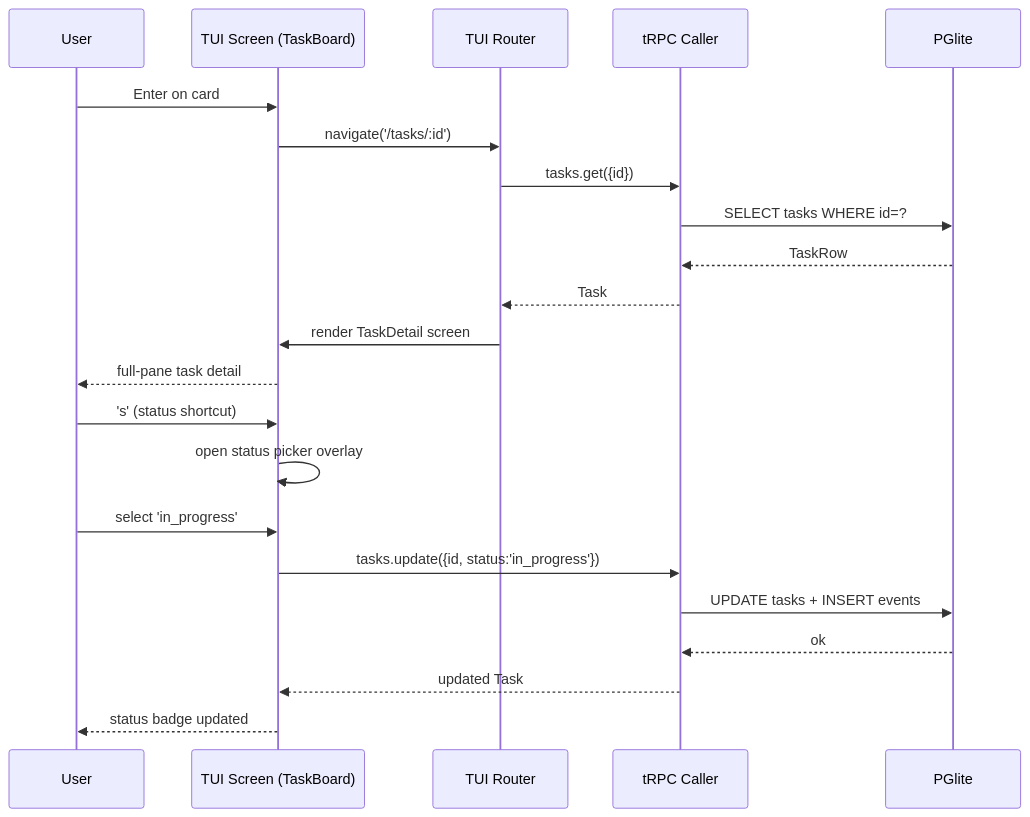
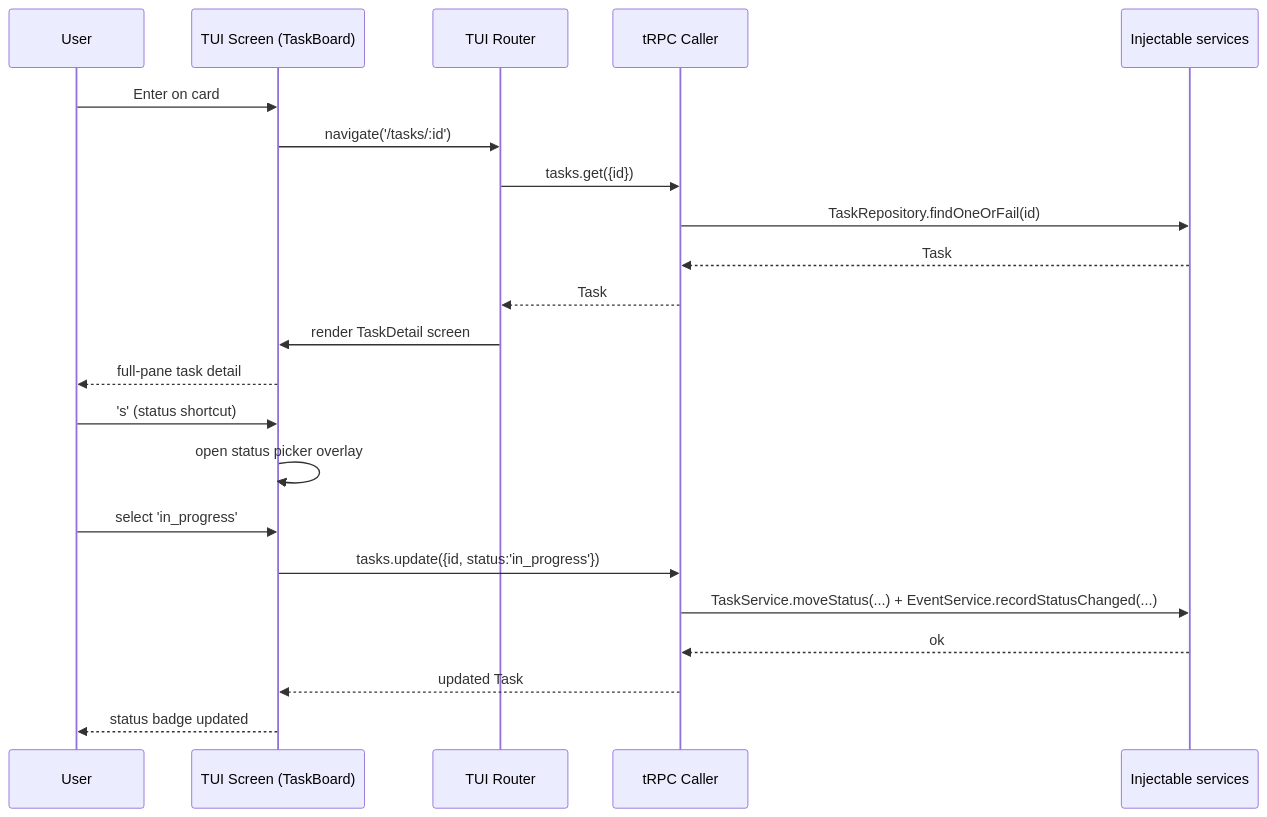
One commit to moabualruz/fulcrum changed the second of 3 diagrams in .scratch/agent-os-vision/prds/15-tui.md. Above: the diagram before and after it, drawn with Mermaid. The commit also changed other lines of this file and 20 other files, not shown here.

````diff
--- a/.scratch/agent-os-vision/prds/15-tui.md
+++ b/.scratch/agent-os-vision/prds/15-tui.md
@@ -239,26 +238,26 @@
 ```mermaid
 sequenceDiagram
     participant User
     participant TUI as TUI Screen (TaskBoard)
     participant Router as TUI Router
     participant Caller as tRPC Caller
-    participant DB as PGlite
+    participant Services as Injectable services
 
     User->>TUI: Enter on card
     TUI->>Router: navigate('/tasks/:id')
     Router->>Caller: tasks.get({id})
-    Caller->>DB: SELECT tasks WHERE id=?
-    DB-->>Caller: TaskRow
+    Caller->>Services: TaskRepository.findOneOrFail(id)
+    Services-->>Caller: Task
     Caller-->>Router: Task
     Router->>TUI: render TaskDetail screen
     TUI-->>User: full-pane task detail
 
     User->>TUI: 's' (status shortcut)
     TUI->>TUI: open status picker overlay
     User->>TUI: select 'in_progress'
     TUI->>Caller: tasks.update({id, status:'in_progress'})
-    Caller->>DB: UPDATE tasks + INSERT events
-    DB-->>Caller: ok
+    Caller->>Services: TaskService.moveStatus(...) + EventService.recordStatusChanged(...)
+    Services-->>Caller: ok
     Caller-->>TUI: updated Task
     TUI-->>User: status badge updated
 ```
````
